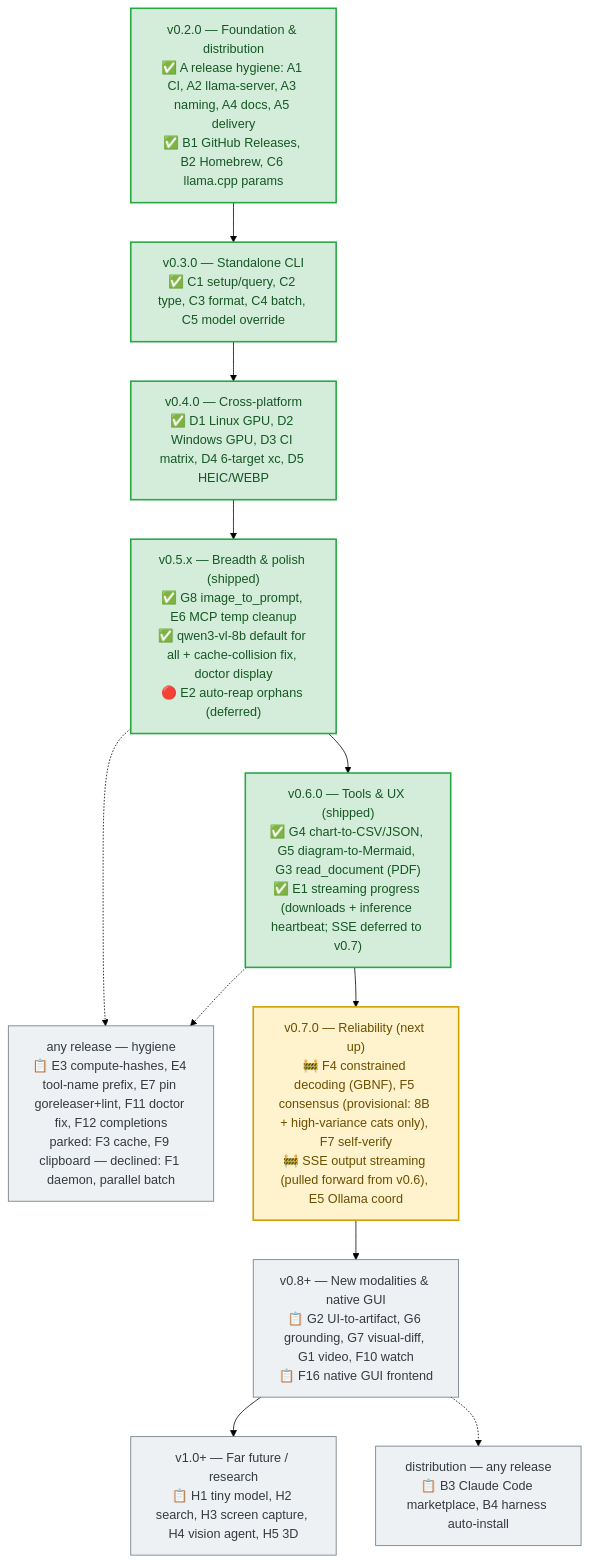
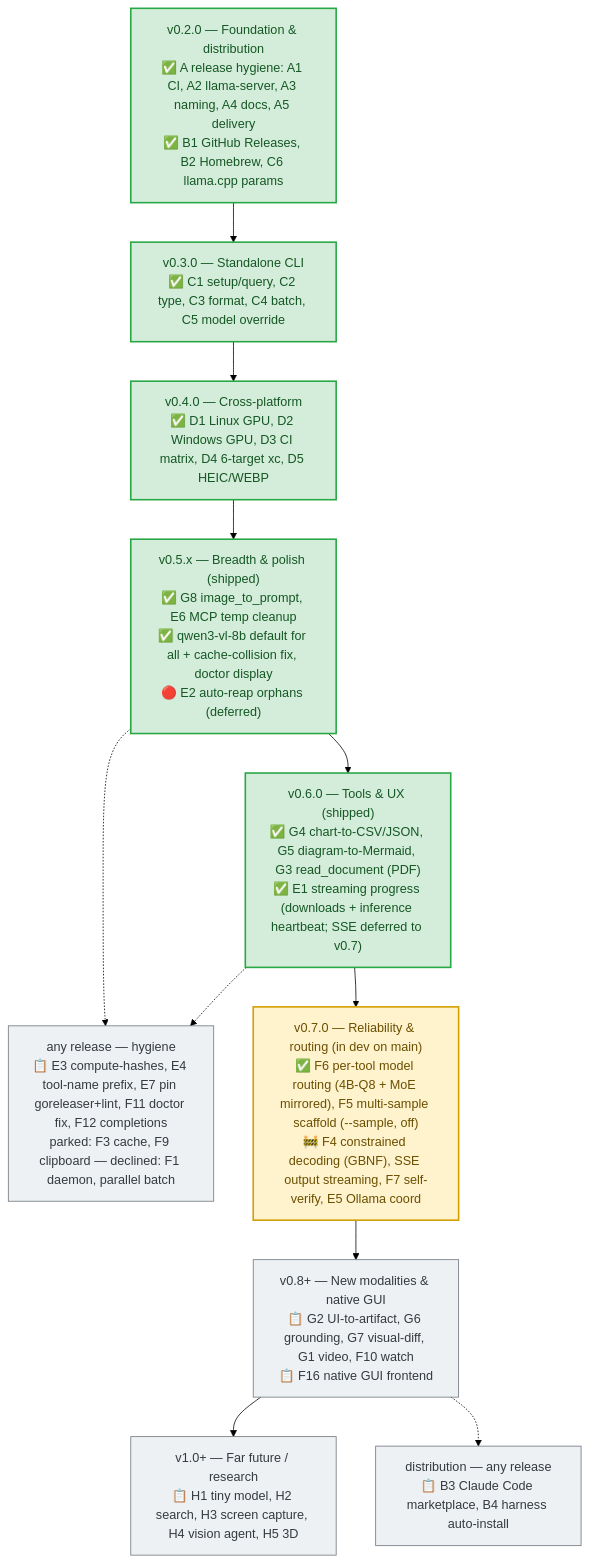
The diagram in mcp/localvision/ROADMAP.md (froggeric/llm), drawn with Mermaid (forest theme) before and after one commit. The commit also changed other lines of this file and 2 other files, not shown here.

First line of the commit message:
localvision: sync docs/roadmap/readme to the v0.7 unreleased state

````diff
--- a/mcp/localvision/ROADMAP.md
+++ b/mcp/localvision/ROADMAP.md
@@ -112,22 +117,22 @@
 ```mermaid
 flowchart TD
     classDef done fill:#d4edda,stroke:#28a745,color:#155724,stroke-width:2px
     classDef next fill:#fff3cd,stroke:#d39e00,color:#6b4f00,stroke-width:2px
     classDef planned fill:#eef1f3,stroke:#6c757d,color:#343a40
 
     V2["v0.2.0 — Foundation &amp; distribution<br/>✅ A release hygiene: A1 CI, A2 llama-server, A3 naming, A4 docs, A5 delivery<br/>✅ B1 GitHub Releases, B2 Homebrew, C6 llama.cpp params"]:::done
     V3["v0.3.0 — Standalone CLI<br/>✅ C1 setup/query, C2 type, C3 format, C4 batch, C5 model override"]:::done
     V4["v0.4.0 — Cross-platform<br/>✅ D1 Linux GPU, D2 Windows GPU, D3 CI matrix, D4 6-target xc, D5 HEIC/WEBP"]:::done
     V5["v0.5.x — Breadth &amp; polish (shipped)<br/>✅ G8 image_to_prompt, E6 MCP temp cleanup<br/>✅ qwen3-vl-8b default for all + cache-collision fix, doctor display<br/>🔴 E2 auto-reap orphans (deferred)"]:::done
     V6["v0.6.0 — Tools &amp; UX (shipped)<br/>✅ G4 chart-to-CSV/JSON, G5 diagram-to-Mermaid, G3 read_document (PDF)<br/>✅ E1 streaming progress (downloads + inference heartbeat; SSE deferred to v0.7)"]:::done
     ANY["any release — hygiene<br/>📋 E3 compute-hashes, E4 tool-name prefix, E7 pin goreleaser+lint, F11 doctor fix, F12 completions<br/>parked: F3 cache, F9 clipboard — declined: F1 daemon, parallel batch"]:::planned
-    V7["v0.7.0 — Reliability (next up)<br/>🚧 F4 constrained decoding (GBNF), F5 consensus (provisional: 8B + high-variance cats only), F7 self-verify<br/>🚧 SSE output streaming (pulled forward from v0.6), E5 Ollama coord"]:::next
+    V7["v0.7.0 — Reliability &amp; routing (in dev on main)<br/>✅ F6 per-tool model routing (4B-Q8 + MoE mirrored), F5 multi-sample scaffold (--sample, off)<br/>🚧 F4 constrained decoding (GBNF), SSE output streaming, F7 self-verify, E5 Ollama coord"]:::next
     V8["v0.8+ — New modalities &amp; native GUI<br/>📋 G2 UI-to-artifact, G6 grounding, G7 visual-diff, G1 video, F10 watch<br/>📋 F16 native GUI frontend"]:::planned
     DIST["distribution — any release<br/>📋 B3 Claude Code marketplace, B4 harness auto-install"]:::planned
     V1["v1.0+ — Far future / research<br/>📋 H1 tiny model, H2 search, H3 screen capture, H4 vision agent, H5 3D"]:::planned
 
     V2 --> V3 --> V4 --> V5 --> V6 --> V7 --> V8 --> V1
     V5 -.-> ANY
     V6 -.-> ANY
     V8 -.-> DIST
 ```
````
